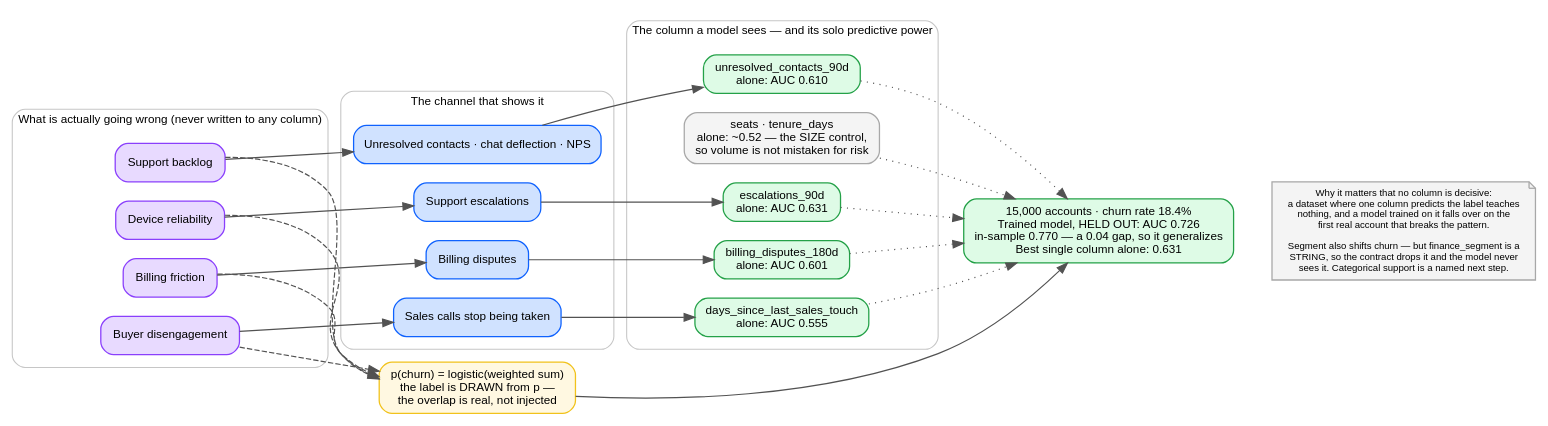
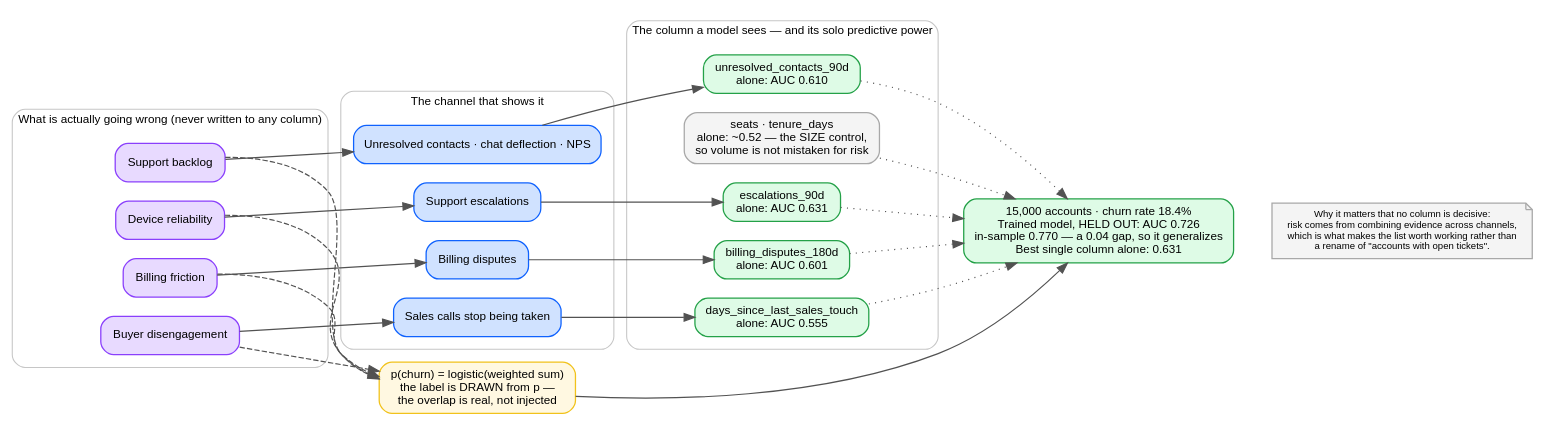
One commit to oramasearch/zetta changed the diagram in docs/reports/results/diagrams/motive-dataset-signal.dot. Above: the diagram before and after it, drawn with Graphviz. The commit also changed 3 other files, not shown here.

```diff
--- a/docs/reports/results/diagrams/motive-dataset-signal.dot
+++ b/docs/reports/results/diagrams/motive-dataset-signal.dot
@@ -1,67 +1,67 @@
 // How the stand-in dataset carries a churn signal that is real but not trivial.
 //
 // Generated source for motive-dataset-signal.svg. Render with:
 //   dot -Tsvg motive-dataset-signal.dot -o motive-dataset-signal.svg
 //
 // The point of the picture: four independent troubles, each read by a DIFFERENT
 // channel, combining into a probability the label is drawn from. No single column
 // predicts churn, which is what makes the model's job real.
 digraph motive_signal {
   rankdir=LR;
   bgcolor="white";
   fontname="IBM Plex Sans,Helvetica,Arial,sans-serif";
   node [fontname="IBM Plex Sans,Helvetica,Arial,sans-serif", fontsize=11,
         shape=box, style="rounded,filled", penwidth=1.2, margin="0.16,0.09"];
   edge [fontname="IBM Plex Sans,Helvetica,Arial,sans-serif", fontsize=9,
         color="#525252", penwidth=1.1];
 
   subgraph cluster_latent {
     label="What is actually going wrong (never written to any column)";
     fontsize=11; color="#c6c6c6"; style="rounded"; margin=12;
     r [label="Device reliability", fillcolor="#e8daff", color="#8a3ffc"];
     b [label="Billing friction", fillcolor="#e8daff", color="#8a3ffc"];
     q [label="Buyer disengagement", fillcolor="#e8daff", color="#8a3ffc"];
     k [label="Support backlog", fillcolor="#e8daff", color="#8a3ffc"];
   }
 
   subgraph cluster_channel {
     label="The channel that shows it";
     fontsize=11; color="#c6c6c6"; style="rounded"; margin=12;
     cr [label="Support escalations", fillcolor="#d0e2ff", color="#0f62fe"];
     cb [label="Billing disputes", fillcolor="#d0e2ff", color="#0f62fe"];
     cq [label="Sales calls stop being taken", fillcolor="#d0e2ff", color="#0f62fe"];
     ck [label="Unresolved contacts · chat deflection · NPS", fillcolor="#d0e2ff", color="#0f62fe"];
   }
 
   subgraph cluster_feature {
     label="The column a model sees — and its solo predictive power";
     fontsize=11; color="#c6c6c6"; style="rounded"; margin=12;
     fr [label="escalations_90d\nalone: AUC 0.631", fillcolor="#defbe6", color="#24a148"];
     fb [label="billing_disputes_180d\nalone: AUC 0.601", fillcolor="#defbe6", color="#24a148"];
     fq [label="days_since_last_sales_touch\nalone: AUC 0.555", fillcolor="#defbe6", color="#24a148"];
     fk [label="unresolved_contacts_90d\nalone: AUC 0.610", fillcolor="#defbe6", color="#24a148"];
     fs [label="seats · tenure_days\nalone: ~0.52 — the SIZE control,\nso volume is not mistaken for risk",
         fillcolor="#f4f4f4", color="#a8a8a8"];
   }
 
   label_node [label="p(churn) = logistic(weighted sum)\nthe label is DRAWN from p —\nthe overlap is real, not injected",
               shape=box, fillcolor="#fff8e1", color="#f1c21b", fontsize=11];
   outcome [label="15,000 accounts · churn rate 18.4%\nTrained model, HELD OUT: AUC 0.726\nin-sample 0.770 — a 0.04 gap, so it generalizes\nBest single column alone: 0.631",
            shape=box, fillcolor="#defbe6", color="#24a148", fontsize=11];
 
   r -> cr -> fr;
   b -> cb -> fb;
   q -> cq -> fq;
   k -> ck -> fk;
 
   r -> label_node [style=dashed]; b -> label_node [style=dashed];
   q -> label_node [style=dashed]; k -> label_node [style=dashed];
   label_node -> outcome;
   fr -> outcome [style=dotted]; fb -> outcome [style=dotted];
   fq -> outcome [style=dotted]; fk -> outcome [style=dotted];
   fs -> outcome [style=dotted];
 
-  note [label="Why it matters that no column is decisive:\na dataset where one column predicts the label teaches\nnothing, and a model trained on it falls over on the\nfirst real account that breaks the pattern.\n\nSegment also shifts churn — but finance_segment is a\nSTRING, so the contract drops it and the model never\nsees it. Categorical support is a named next step.",
+  note [label="Why it matters that no column is decisive:\nrisk comes from combining evidence across channels,\nwhich is what makes the list worth working rather than\na rename of \"accounts with open tickets\".",
         shape=note, fillcolor="#f4f4f4", color="#a8a8a8", fontsize=9];
   outcome -> note [style=invis];
 }
```
